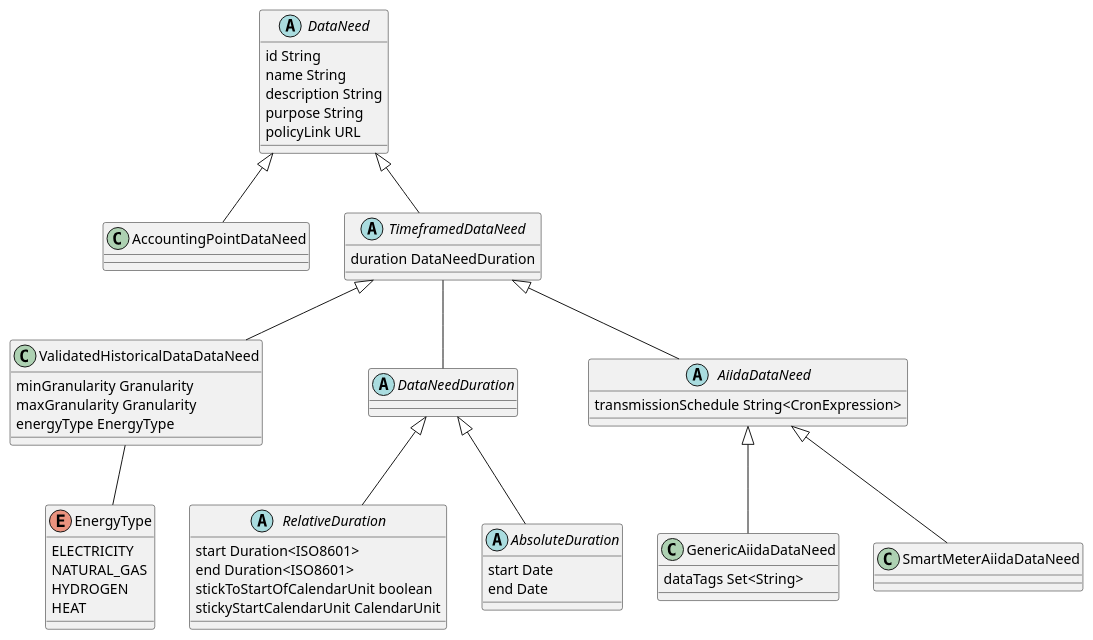
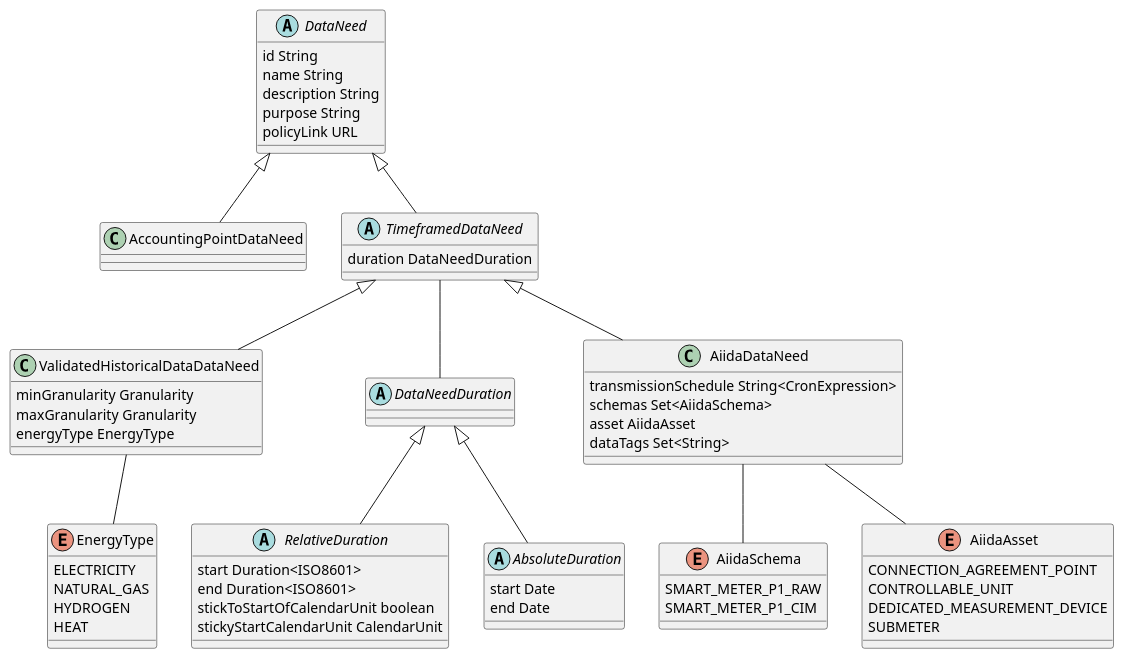
Before and after one commit to eddie-energy/eddie: the diagram in data-needs/DataNeeds.plantuml, drawn with PlantUML. The commit also changed 46 other files, not shown here.

Commit message:
GH-782 Support only AiidaDataNeed

```diff
--- a/data-needs/DataNeeds.plantuml
+++ b/data-needs/DataNeeds.plantuml
@@ -1,67 +1,79 @@
 @startuml
 abstract DataNeed {
     id String
     name String
     description String
     purpose String
     policyLink URL
 }
 
 class AccountingPointDataNeed {
 }
 
 abstract TimeframedDataNeed {
     duration DataNeedDuration
 }
 
 class ValidatedHistoricalDataDataNeed {
     minGranularity Granularity
     maxGranularity Granularity
     energyType EnergyType
 }
 
 enum EnergyType {
     ELECTRICITY
     NATURAL_GAS
     HYDROGEN
     HEAT
 }
 
+enum AiidaSchema {
+    SMART_METER_P1_RAW
+    SMART_METER_P1_CIM
+}
+
+enum AiidaAsset {
+    CONNECTION_AGREEMENT_POINT
+    CONTROLLABLE_UNIT
+    DEDICATED_MEASUREMENT_DEVICE
+    SUBMETER
+}
+
 abstract DataNeedDuration
 
 abstract RelativeDuration {
     start Duration<ISO8601>
     end Duration<ISO8601>
     stickToStartOfCalendarUnit boolean
     stickyStartCalendarUnit CalendarUnit
 }
 
 abstract AbsoluteDuration {
     start Date
     end Date
 }
 
-abstract AiidaDataNeed {
+class AiidaDataNeed {
     transmissionSchedule String<CronExpression>
-}
-
-class GenericAiidaDataNeed {
+    schemas Set<AiidaSchema>
+    asset AiidaAsset
     dataTags Set<String>
 }
 
 DataNeed <|-- AccountingPointDataNeed
 DataNeed <|-- TimeframedDataNeed
 
 TimeframedDataNeed -- DataNeedDuration
 
 TimeframedDataNeed <|-- ValidatedHistoricalDataDataNeed
 
 ValidatedHistoricalDataDataNeed -- EnergyType
 
 DataNeedDuration <|-- AbsoluteDuration
 DataNeedDuration <|-- RelativeDuration
 
+AiidaDataNeed -- AiidaAsset
+AiidaDataNeed -- AiidaSchema
+
 TimeframedDataNeed <|-- AiidaDataNeed
-AiidaDataNeed <|-- GenericAiidaDataNeed
-AiidaDataNeed <|-- SmartMeterAiidaDataNeed
 @enduml
```
